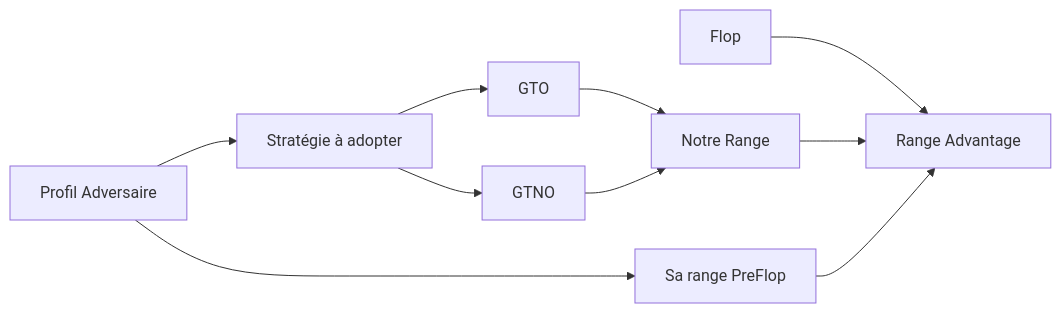
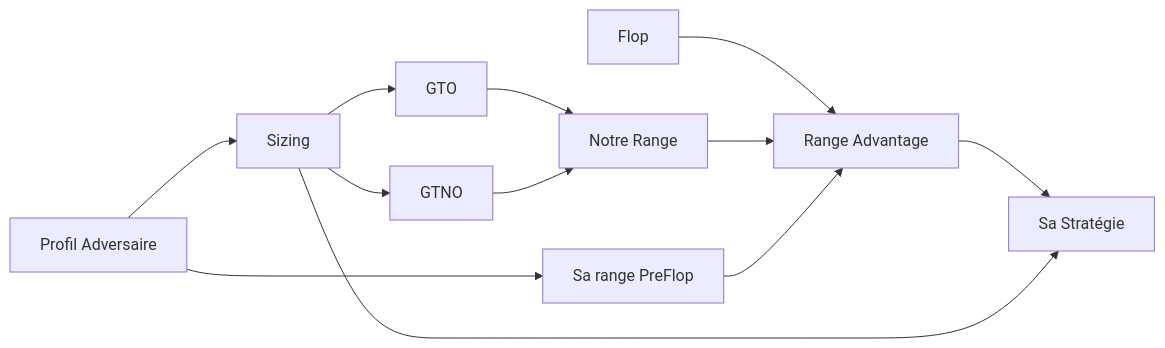
One commit to greglejeune/blog changed the diagram in _posts/2020-01-23-thinking-process.md. Above: the diagram before and after it, drawn with Mermaid.

```diff
--- a/_posts/2020-01-23-thinking-process.md
+++ b/_posts/2020-01-23-thinking-process.md
@@ -21,12 +21,14 @@
   <div class="mermaid">
     graph LR
       A[Profil Adversaire] --> S[Stratégie à adopter]
       S --> GTO
       S --> GTNO
       GTO --> N[Notre Range]
       GTNO --> N
       A --> R[Sa range PreFlop]
       Flop --> D[Range Advantage]
       N --> D
       R --> D
+      D --> C[Sa Stratégie]
+      S[Sizing] --> C
   </div>
```
